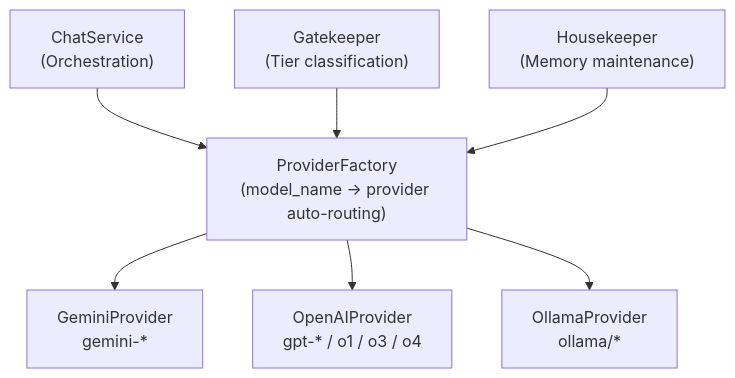
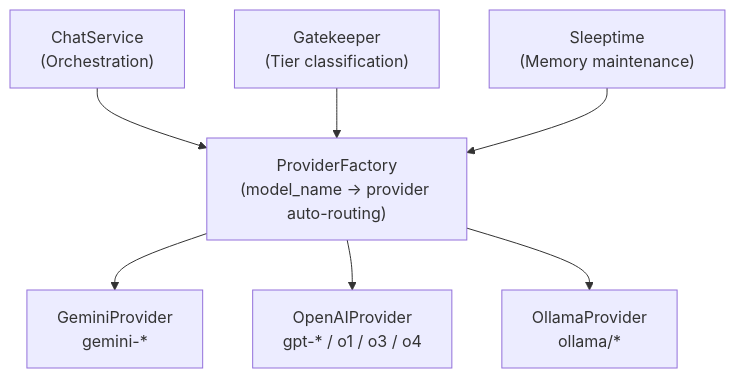
Before and after one commit to unagisann/Butly: the fifth of 6 diagrams in docs/DIAGRAMS.md, drawn with Mermaid. The commit also changed other lines of this file and 30 other files, not shown here.

````diff
--- a/docs/DIAGRAMS.md
+++ b/docs/DIAGRAMS.md
@@ -125,17 +125,17 @@
 ```mermaid
 flowchart TD
     CS["ChatService<br/>(Orchestration)"]
     GK["Gatekeeper<br/>(Tier classification)"]
-    HK["Housekeeper<br/>(Memory maintenance)"]
+    HK["Sleeptime<br/>(Memory maintenance)"]
     PF["ProviderFactory<br/>(model_name → provider auto-routing)"]
     GE["GeminiProvider<br/>gemini-*"]
     OA["OpenAIProvider<br/>gpt-* / o1 / o3 / o4"]
     OL["OllamaProvider<br/>ollama/*"]
 
     CS --> PF
     GK --> PF
     HK --> PF
     PF --> GE
     PF --> OA
     PF --> OL
 ```
````
